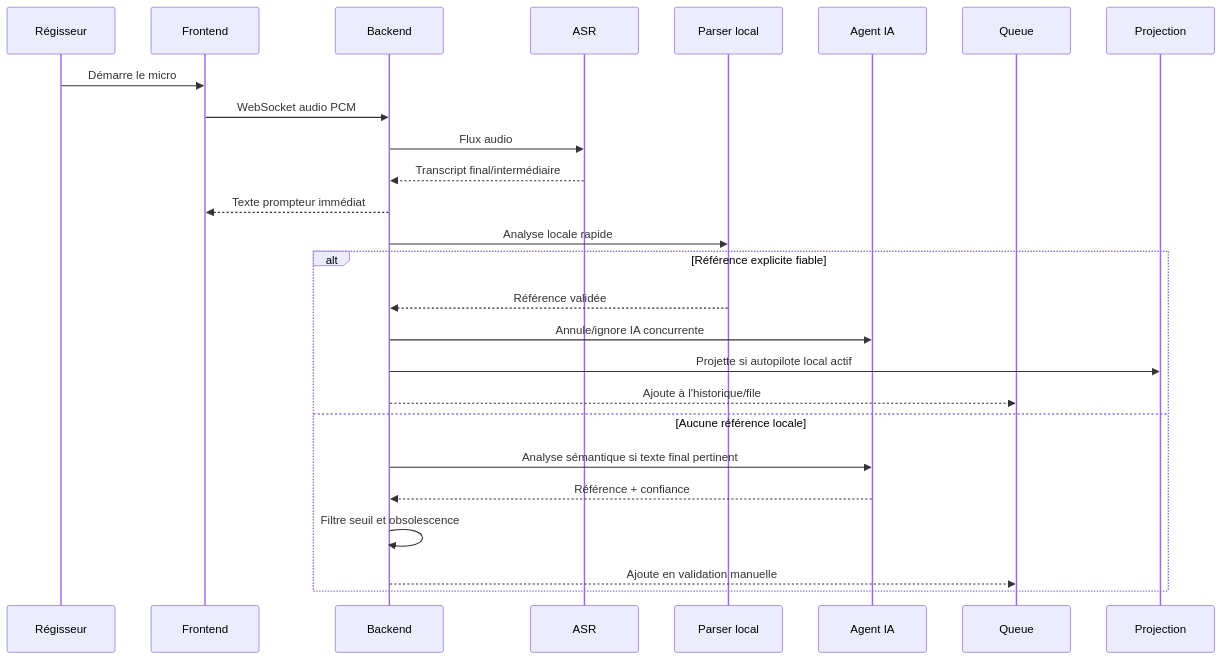
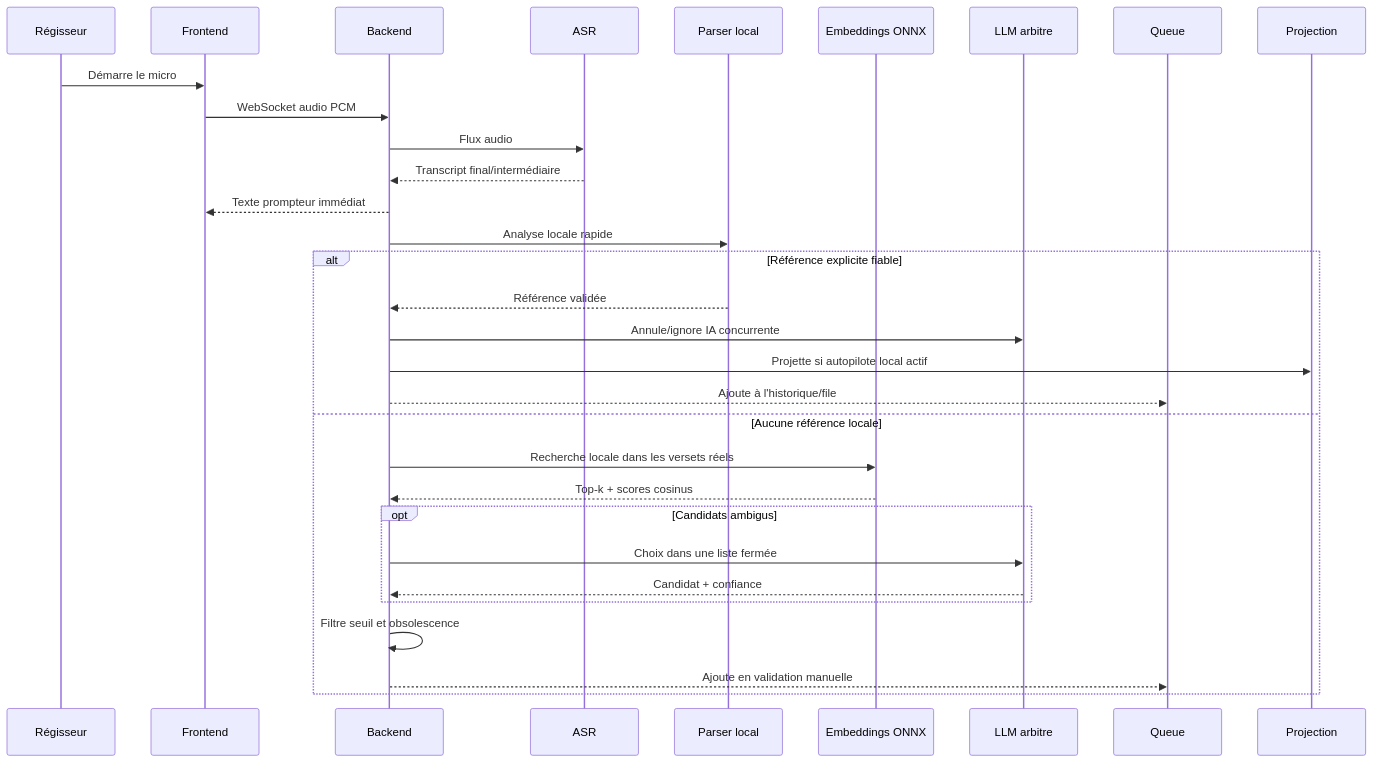
The second of 2 diagrams in v2/EXPLICATION_ARCHITECTURE.md (gafard/VersePro), drawn with Mermaid before and after one commit. The commit also changed other lines of this file and 28 other files, not shown here.

First line of the commit message:
Recherche sémantique locale opérationnelle : encodeur e5-small, index construit, seuils calibrés sur mesures réelles

````diff
--- a/v2/EXPLICATION_ARCHITECTURE.md
+++ b/v2/EXPLICATION_ARCHITECTURE.md
@@ -109,29 +112,34 @@
 ```mermaid
 sequenceDiagram
   participant U as Régisseur
   participant F as Frontend
   participant B as Backend
   participant A as ASR
   participant P as Parser local
-  participant I as Agent IA
+  participant E as Embeddings ONNX
+  participant I as LLM arbitre
   participant Q as Queue
   participant R as Projection
 
   U->>F: Démarre le micro
   F->>B: WebSocket audio PCM
   B->>A: Flux audio
   A-->>B: Transcript final/intermédiaire
   B-->>F: Texte prompteur immédiat
   B->>P: Analyse locale rapide
   alt Référence explicite fiable
     P-->>B: Référence validée
     B->>I: Annule/ignore IA concurrente
     B->>R: Projette si autopilote local actif
     B-->>Q: Ajoute à l'historique/file
   else Aucune référence locale
-    B->>I: Analyse sémantique si texte final pertinent
-    I-->>B: Référence + confiance
+    B->>E: Recherche locale dans les versets réels
+    E-->>B: Top-k + scores cosinus
+    opt Candidats ambigus
+      B->>I: Choix dans une liste fermée
+      I-->>B: Candidat + confiance
+    end
     B->>B: Filtre seuil et obsolescence
     B-->>Q: Ajoute en validation manuelle
   end
 ```
````
